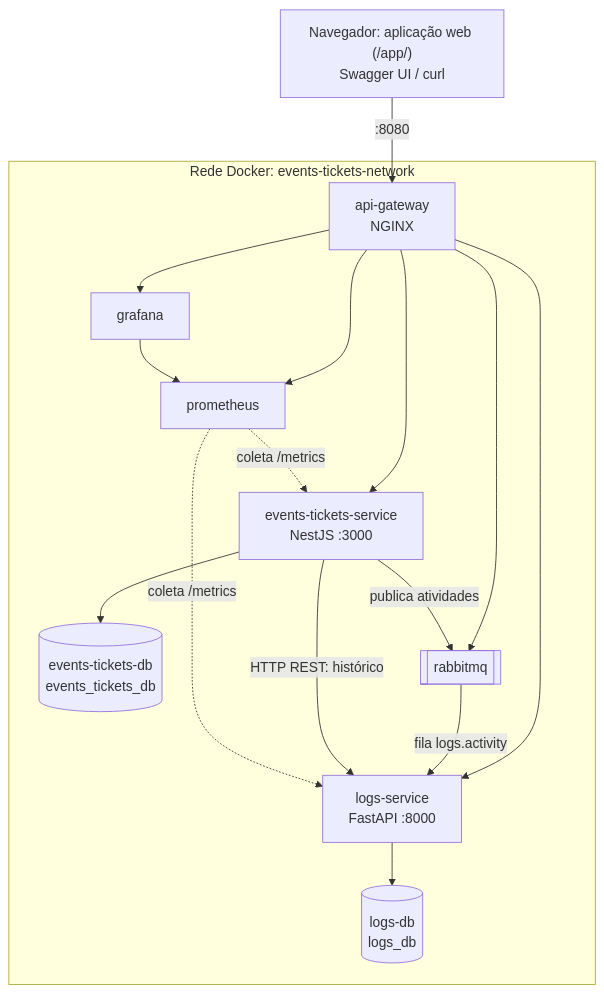
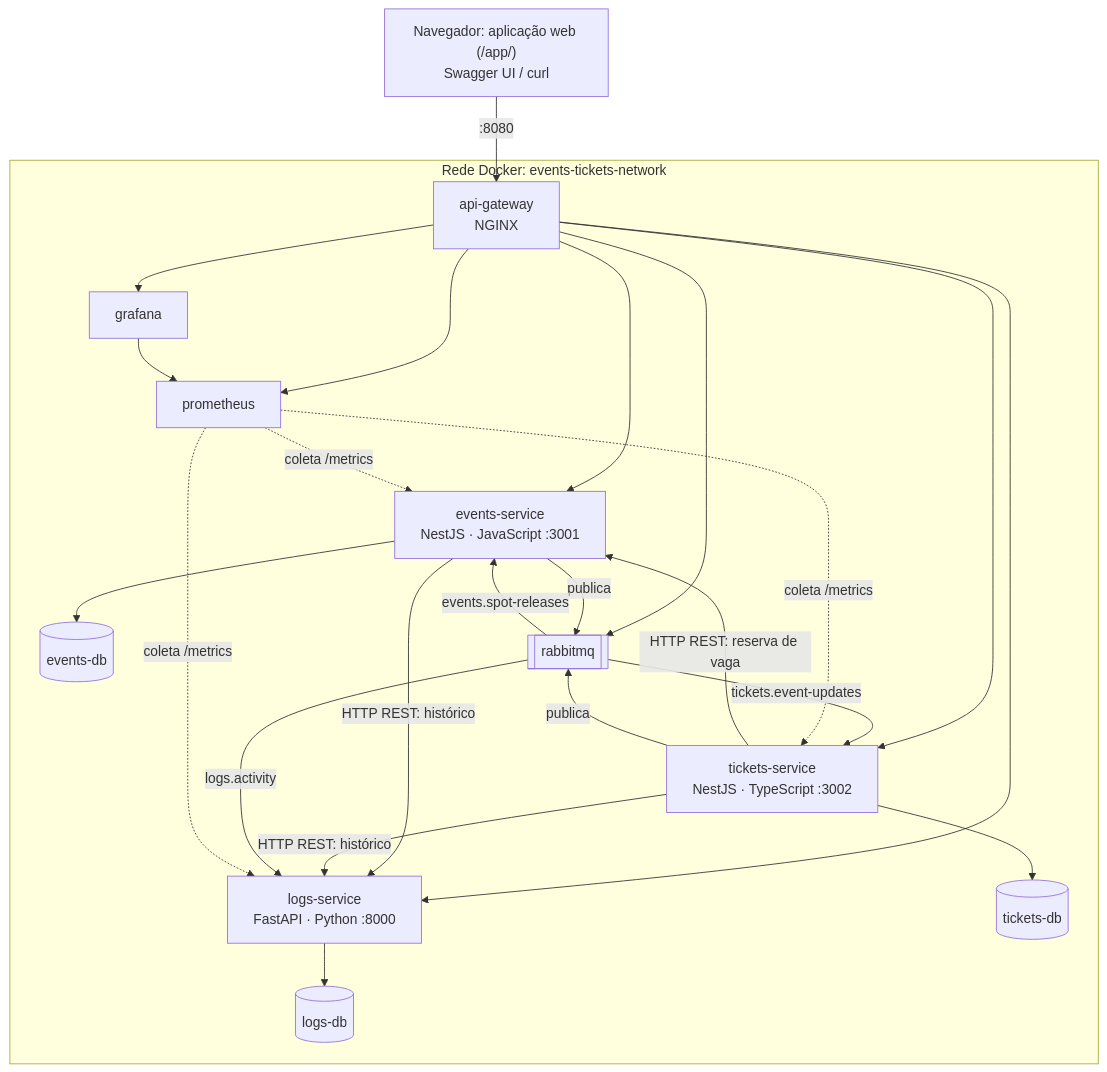
One commit to Igor-Lazarin-Oliani/events-tickets-ms changed the diagram in README.md. Above: the diagram before and after it, drawn with Mermaid. The commit also changed other lines of this file and 158 other files, not shown here.

Commit message:
feat: separa eventos e ingressos em events-service (JavaScript) e tickets-service (TypeScript), com três bancos e mensageria nos dois sentidos

````diff
--- a/README.md
+++ b/README.md
@@ -37,28 +37,38 @@
 ```mermaid
 flowchart TB
     cliente["Navegador: aplicação web (/app/)<br/>Swagger UI / curl"]
     subgraph rede["Rede Docker: events-tickets-network"]
         gateway["api-gateway<br/>NGINX"]
-        core["events-tickets-service<br/>NestJS :3000"]
-        logs["logs-service<br/>FastAPI :8000"]
-        coredb[("events-tickets-db<br/>events_tickets_db")]
-        logsdb[("logs-db<br/>logs_db")]
+        events["events-service<br/>NestJS · JavaScript :3001"]
+        tickets["tickets-service<br/>NestJS · TypeScript :3002"]
+        logs["logs-service<br/>FastAPI · Python :8000"]
+        eventsdb[("events-db")]
+        ticketsdb[("tickets-db")]
+        logsdb[("logs-db")]
         rabbitmq[["rabbitmq"]]
         prometheus["prometheus"]
         grafana["grafana"]
     end
     cliente -->|":8080"| gateway
-    gateway --> core
+    gateway --> events
+    gateway --> tickets
     gateway --> logs
     gateway --> grafana
     gateway --> prometheus
     gateway --> rabbitmq
-    core --> coredb
+    events --> eventsdb
+    tickets --> ticketsdb
     logs --> logsdb
-    core -->|"publica atividades"| rabbitmq
-    rabbitmq -->|"fila logs.activity"| logs
-    core -->|"HTTP REST: histórico"| logs
+    tickets -->|"HTTP REST: reserva de vaga"| events
+    events -->|"HTTP REST: histórico"| logs
+    tickets -->|"HTTP REST: histórico"| logs
+    events -->|"publica"| rabbitmq
+    tickets -->|"publica"| rabbitmq
+    rabbitmq -->|"logs.activity"| logs
+    rabbitmq -->|"tickets.event-updates"| tickets
+    rabbitmq -->|"events.spot-releases"| events
     grafana --> prometheus
-    prometheus -.->|"coleta /metrics"| core
+    prometheus -.->|"coleta /metrics"| events
+    prometheus -.->|"coleta /metrics"| tickets
     prometheus -.->|"coleta /metrics"| logs
 ```
````
